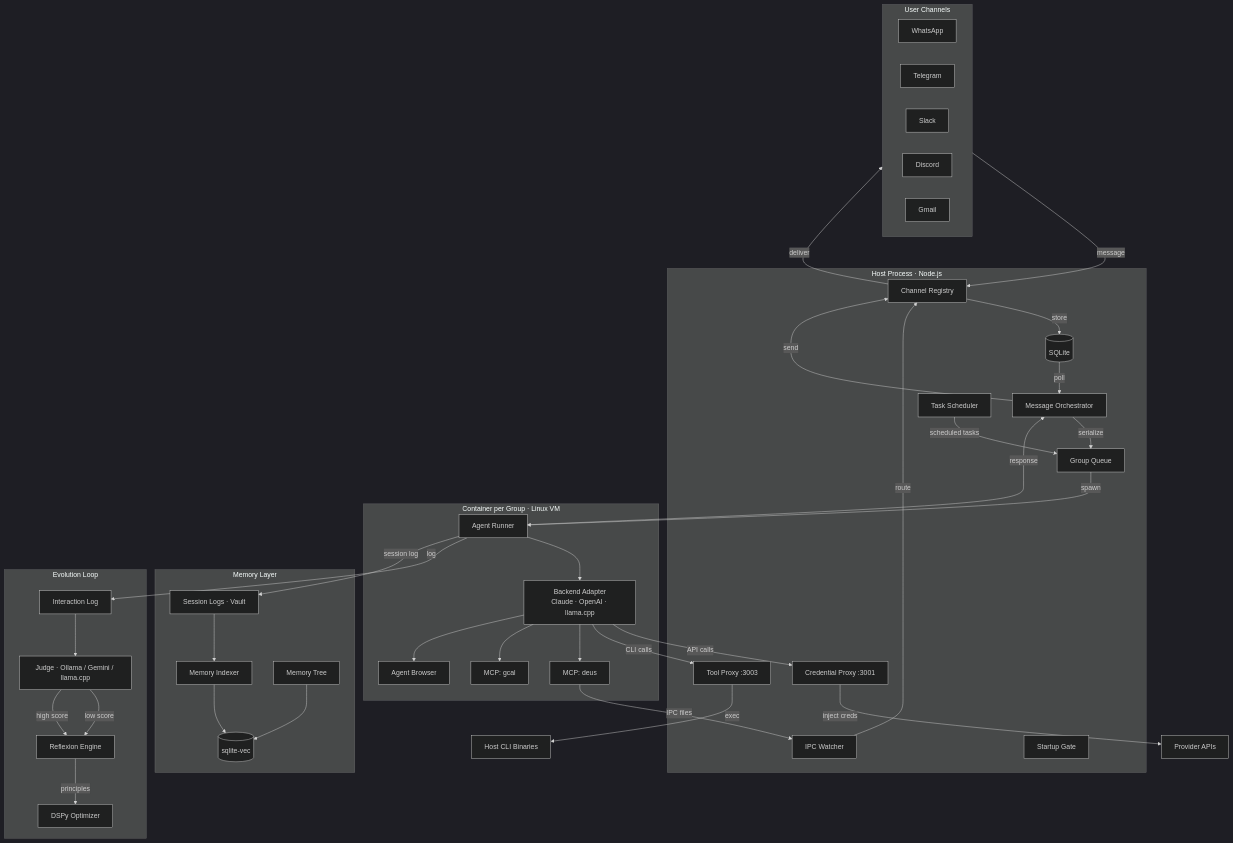
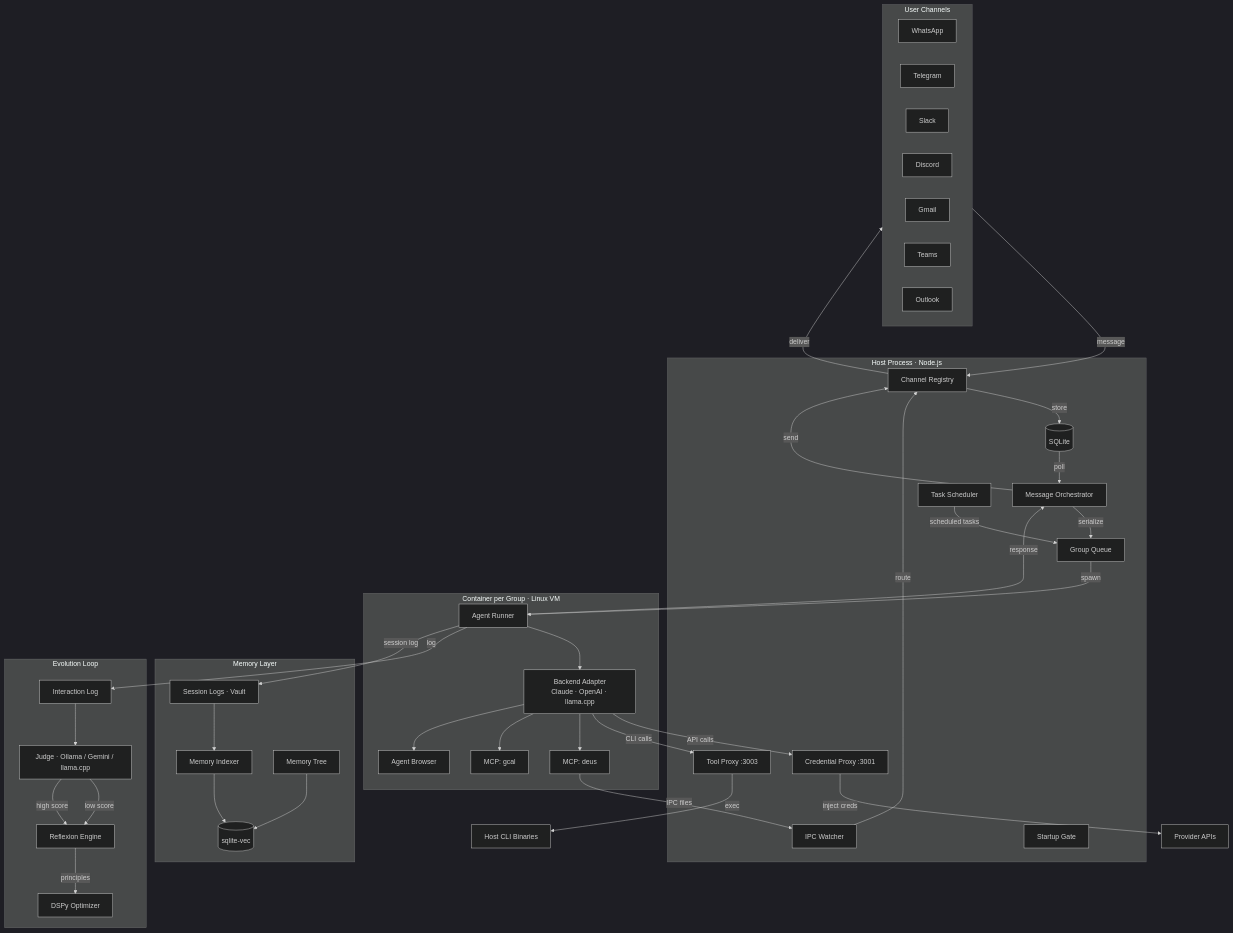
Before and after one commit to sliamh11/deus-v2: the first of 8 diagrams in docs/ARCHITECTURE.md, drawn with Mermaid (dark theme). The commit also changed other lines of this file and 16 other files, not shown here.

First line of the commit message:
docs: correct Teams/Outlook channel disposition (LIA-392) (#26)

````diff
--- a/docs/ARCHITECTURE.md
+++ b/docs/ARCHITECTURE.md
@@ -9,73 +9,75 @@
 ```mermaid
 graph TB
     subgraph Users["User Channels"]
         WA[WhatsApp]
         TG[Telegram]
         SL[Slack]
         DC[Discord]
         GM[Gmail]
+        TM[Teams]
+        OL[Outlook]
     end
 
     subgraph Host["Host Process · Node.js"]
         CR[Channel Registry]
         DB[(SQLite)]
         MO[Message Orchestrator]
         GQ[Group Queue]
         CP[Credential Proxy :3001]
         TP[Tool Proxy :3003]
         TS[Task Scheduler]
         IPC[IPC Watcher]
         SG[Startup Gate]
     end
 
     subgraph Containers["Container per Group · Linux VM"]
         AR[Agent Runner]
         RT[Backend Adapter<br/>Claude · OpenAI · llama.cpp]
         MCP_D[MCP: deus]
         MCP_G[MCP: gcal]
         BR[Agent Browser]
     end
 
     subgraph Memory["Memory Layer"]
         MI[Memory Indexer]
         MT[Memory Tree]
         VEC[(sqlite-vec)]
         VAULT[Session Logs · Vault]
     end
 
     subgraph Evolution["Evolution Loop"]
         JUDGE[Judge · Ollama / Gemini / llama.cpp]
         REFL[Reflexion Engine]
         DSPY[DSPy Optimizer]
         ILOG[Interaction Log]
     end
 
     Users -->|message| CR
     CR -->|store| DB
     DB -->|poll| MO
     MO -->|serialize| GQ
     GQ -->|spawn| AR
     AR --> RT
     RT -->|API calls| CP
     RT -->|CLI calls| TP
     CP -->|inject creds| API[Provider APIs]
     TP -->|exec| HCLI[Host CLI Binaries]
     RT --> MCP_D
     RT --> MCP_G
     RT --> BR
     MCP_D -->|IPC files| IPC
     IPC -->|route| CR
     TS -->|scheduled tasks| GQ
     AR -->|response| MO
     MO -->|send| CR
     CR -->|deliver| Users
     AR -->|log| ILOG
     ILOG --> JUDGE
     JUDGE -->|low score| REFL
     JUDGE -->|high score| REFL
     REFL -->|principles| DSPY
     AR -->|session log| VAULT
     VAULT --> MI
     MI --> VEC
     MT --> VEC
 ```
````
